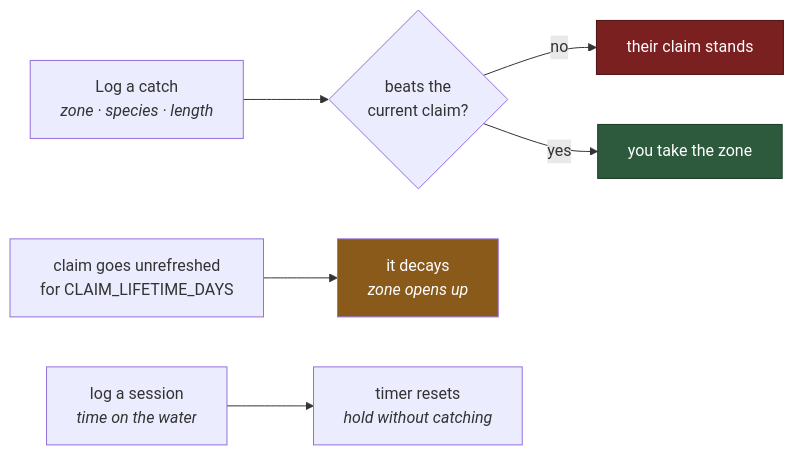
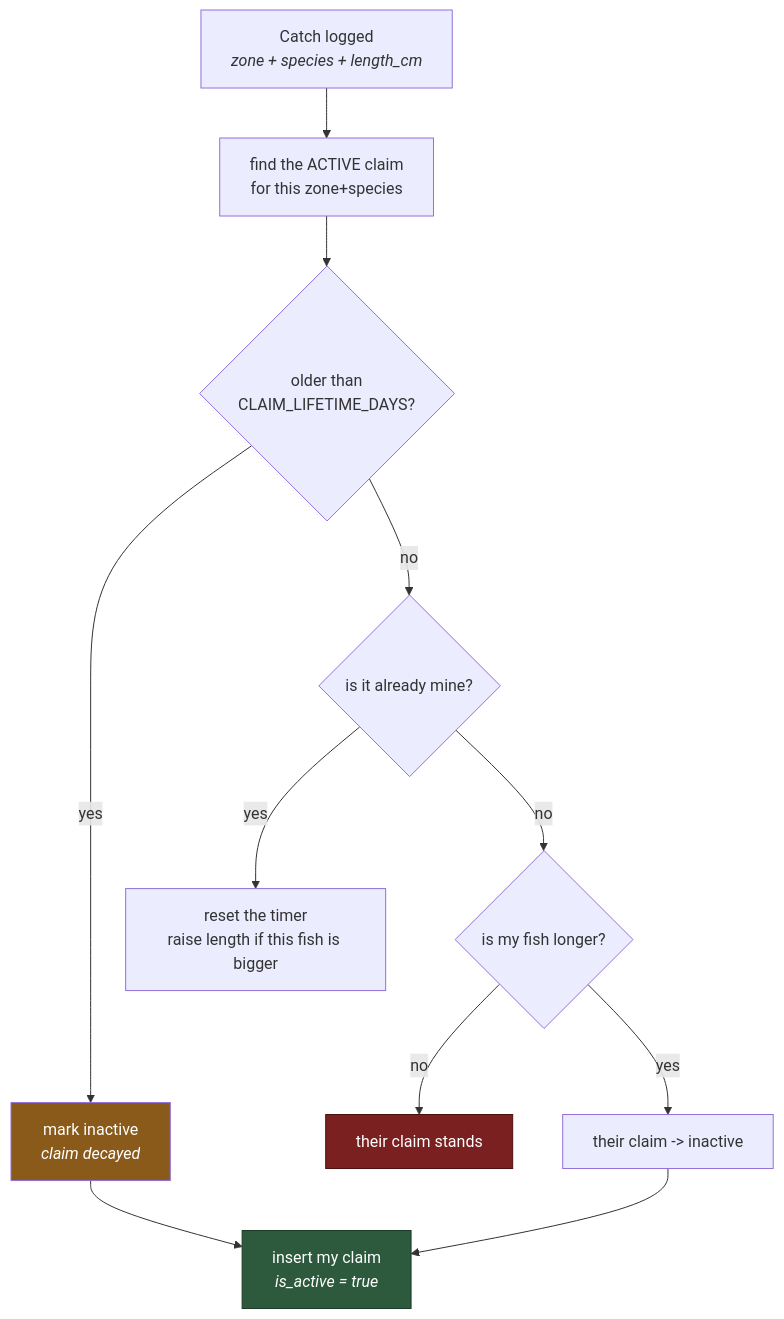
The first of 6 diagrams in README.md (decstar714/fishclaim), drawn with Mermaid before and after one commit. The commit also changed other lines of this file and 20 other files, not shown here.

````diff
--- a/README.md
+++ b/README.md
@@ -16,12 +42,15 @@
 ```mermaid
-flowchart LR
-    A["Log a catch<br/><i>zone · species · length</i>"] --> B{"beats the<br/>current claim?"}
-    B -->|no| C["their claim stands"]
-    B -->|yes| D["you take the zone"]
-    E["claim goes unrefreshed<br/>for CLAIM_LIFETIME_DAYS"] --> F["it decays<br/><i>zone opens up</i>"]
-    G["log a session<br/><i>time on the water</i>"] --> H["timer resets<br/><i>hold without catching</i>"]
+flowchart TD
+    C["Catch logged<br/><i>zone + species + length_cm</i>"] --> Q["find the ACTIVE claim<br/>for this zone+species"]
+    Q --> EXP{"older than<br/>CLAIM_LIFETIME_DAYS?"}
+    EXP -->|yes| DEAD["mark inactive<br/><i>claim decayed</i>"] --> NEW
+    EXP -->|no| MINE{"is it already mine?"}
+    MINE -->|yes| REFRESH["reset the timer<br/>raise length if this fish is bigger"]
+    MINE -->|no| BIG{"is my fish longer?"}
+    BIG -->|no| KEEP["their claim stands"]
+    BIG -->|yes| TAKE["their claim -> inactive"] --> NEW["insert my claim<br/><i>is_active = true</i>"]
 
-    style C fill:#7a2020,stroke:#4a1010,color:#fff
-    style D fill:#2d5a3d,stroke:#1a3a26,color:#fff
-    style F fill:#8a5a1a,color:#fff
+    style KEEP fill:#7a2020,stroke:#4a1010,color:#fff
+    style NEW fill:#2d5a3d,stroke:#1a3a26,color:#fff
+    style DEAD fill:#8a5a1a,color:#fff
 ```
````
